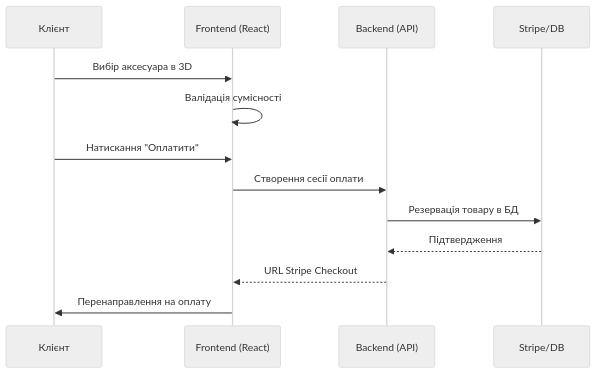
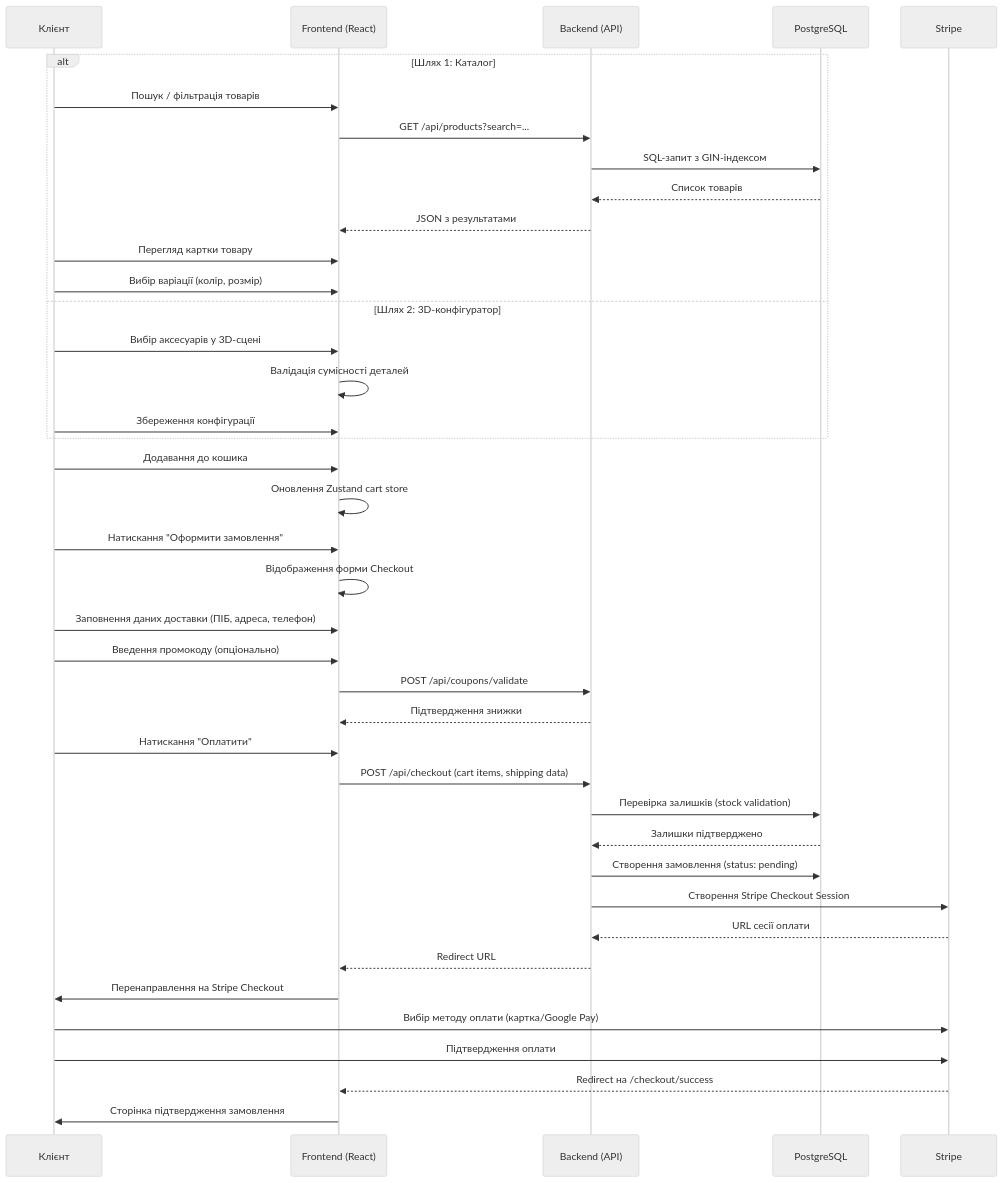
The tenth of 14 diagrams in DIPLOMA_FULL_TEXT_EXPANDED.md (Alexxxsashka/Hristo), drawn with Mermaid (neutral theme) before and after one commit. The commit also changed other lines of this file, not shown here.

Commit message:
docs: replace simplified purchase diagram with complete checkout flow (catalog + 3D, cart, shipping, payment)

````diff
--- a/DIPLOMA_FULL_TEXT_EXPANDED.md
+++ b/DIPLOMA_FULL_TEXT_EXPANDED.md
@@ -462,16 +462,47 @@
 ```mermaid
 sequenceDiagram
     participant C as Клієнт
     participant F as Frontend (React)
     participant B as Backend (API)
-    participant S as Stripe/DB
-    
-    C->>F: Вибір аксесуара в 3D
-    F->>F: Валідація сумісності
+    participant DB as PostgreSQL
+    participant S as Stripe
+
+    alt Шлях 1: Каталог
+        C->>F: Пошук / фільтрація товарів
+        F->>B: GET /api/products?search=...
+        B->>DB: SQL-запит з GIN-індексом
+        DB-->>B: Список товарів
+        B-->>F: JSON з результатами
+        C->>F: Перегляд картки товару
+        C->>F: Вибір варіації (колір, розмір)
+    else Шлях 2: 3D-конфігуратор
+        C->>F: Вибір аксесуарів у 3D-сцені
+        F->>F: Валідація сумісності деталей
+        C->>F: Збереження конфігурації
+    end
+
+    C->>F: Додавання до кошика
+    F->>F: Оновлення Zustand cart store
+
+    C->>F: Натискання "Оформити замовлення"
+    F->>F: Відображення форми Checkout
+    C->>F: Заповнення даних доставки (ПІБ, адреса, телефон)
+    C->>F: Введення промокоду (опціонально)
+    F->>B: POST /api/coupons/validate
+    B-->>F: Підтвердження знижки
+
     C->>F: Натискання "Оплатити"
-    F->>B: Створення сесії оплати
-    B->>S: Резервація товару в БД
-    S-->>B: Підтвердження
-    B-->>F: URL Stripe Checkout
-    F->>C: Перенаправлення на оплату
+    F->>B: POST /api/checkout (cart items, shipping data)
+    B->>DB: Перевірка залишків (stock validation)
+    DB-->>B: Залишки підтверджено
+    B->>DB: Створення замовлення (status: pending)
+    B->>S: Створення Stripe Checkout Session
+    S-->>B: URL сесії оплати
+    B-->>F: Redirect URL
+
+    F->>C: Перенаправлення на Stripe Checkout
+    C->>S: Вибір методу оплати (картка/Google Pay)
+    C->>S: Підтвердження оплати
+    S-->>F: Redirect на /checkout/success
+    F->>C: Сторінка підтвердження замовлення
 ```
````
